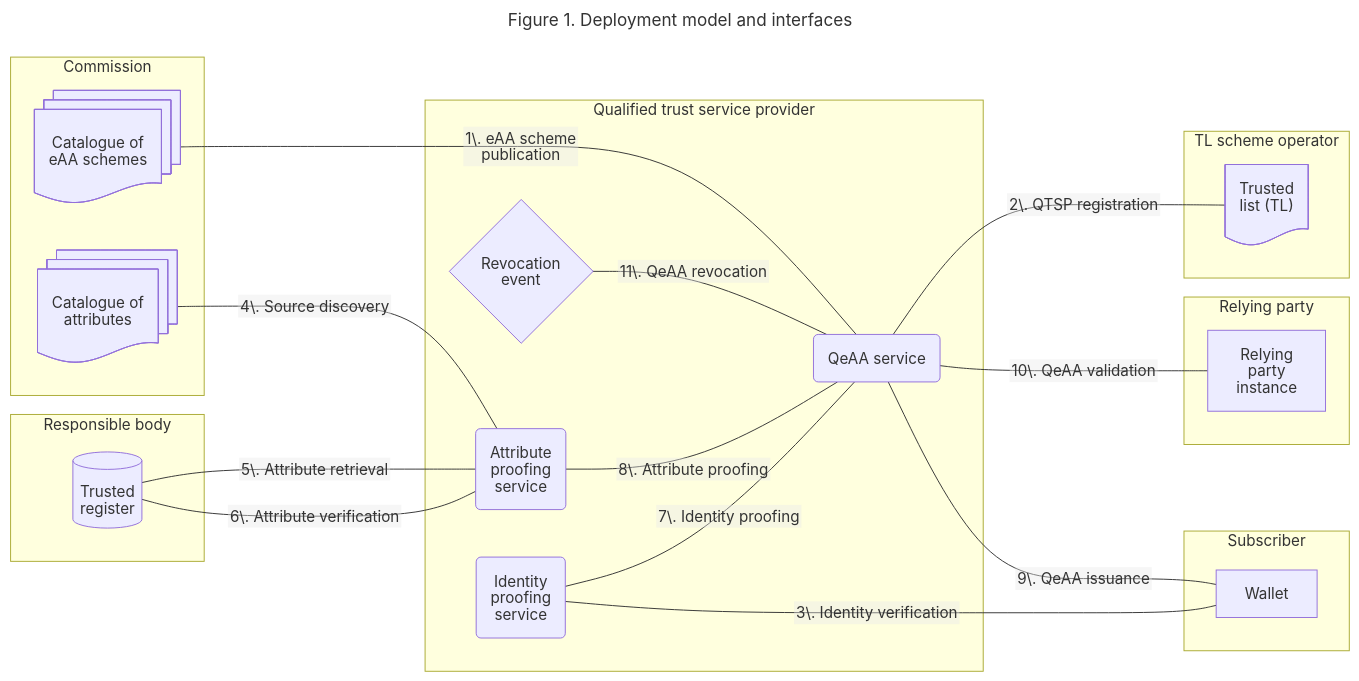
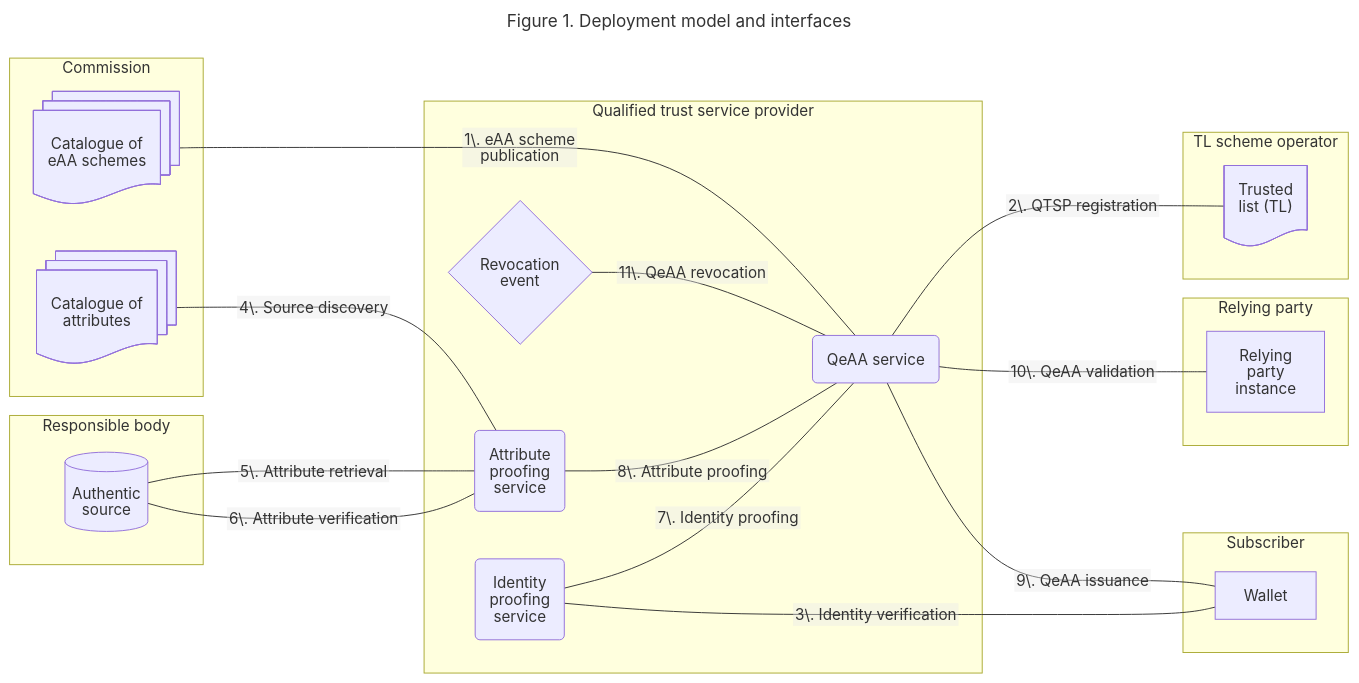
Before and after one commit to webuild-consortium/wp4-qtsp-group: the first of 4 diagrams in docs/qeaa/architecture.md, drawn with Mermaid. The commit also changed other lines of this file, not shown here.

Commit message:
Clarify authentic source vs trusted register

````diff
--- a/docs/qeaa/architecture.md
+++ b/docs/qeaa/architecture.md
@@ -50,55 +50,55 @@
 ```mermaid
 ---
 title: Figure 1. Deployment model and interfaces
 config:
   htmlLabels: false
   markdownAutoWrap: true
   flowchart:
     #defaultRenderer: "elk"
 ---
 flowchart LR
 subgraph Responsible body
-    AS[Trusted
-    register]@{shape: cyl}
+    AS[Authentic
+    source]@{shape: cyl}
 end
 subgraph EC[Commission]
     CatAtt[Catalogue of
     attributes]@{shape: docs}
     CatSch[Catalogue of
     eAA schemes]@{shape: docs}
 end
 subgraph QTSP[Qualified trust service provider]
     APS[Attribute
     proofing
     service]@{shape: rounded}
     IPS[Identity
     proofing
     service]@{shape: rounded}
     EAAS["QeAA service"]@{shape: rounded}
     Rev[Revocation
     event]@{shape: diamond}
 end
 subgraph Sub[Subscriber]
     Wallet
 end
 subgraph Relying party
     RP["Relying
     party
     instance"]
 end
 subgraph "TL scheme operator"
     TL["Trusted
     list (TL)"]@{shape: doc}
 end
 CatSch ---|1\. eAA scheme publication| EAAS
 EAAS   ---|2\. QTSP registration     | TL
 EAAS   ---|9\. QeAA issuance         | Wallet
 IPS    ---|3\. Identity verification | Wallet
 CatAtt ---|4\. Source discovery      | APS
 AS     ---|5\. Attribute retrieval   | APS
 AS     ---|6\. Attribute verification| APS
 Rev    ---|11\. QeAA revocation      | EAAS
 APS    ---|8\. Attribute proofing   | EAAS
 IPS    ---|7\. Identity proofing     | EAAS
 EAAS   ---|10\. QeAA validation       | RP
 ```
````
